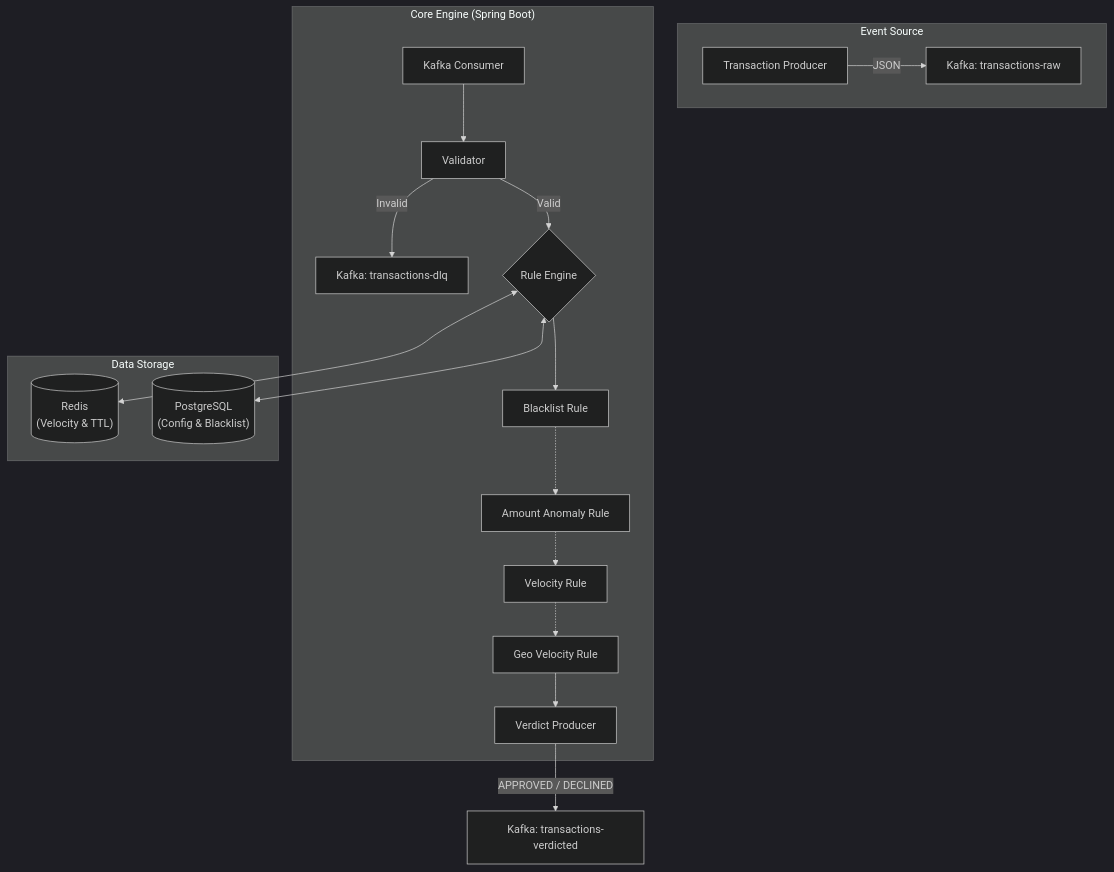
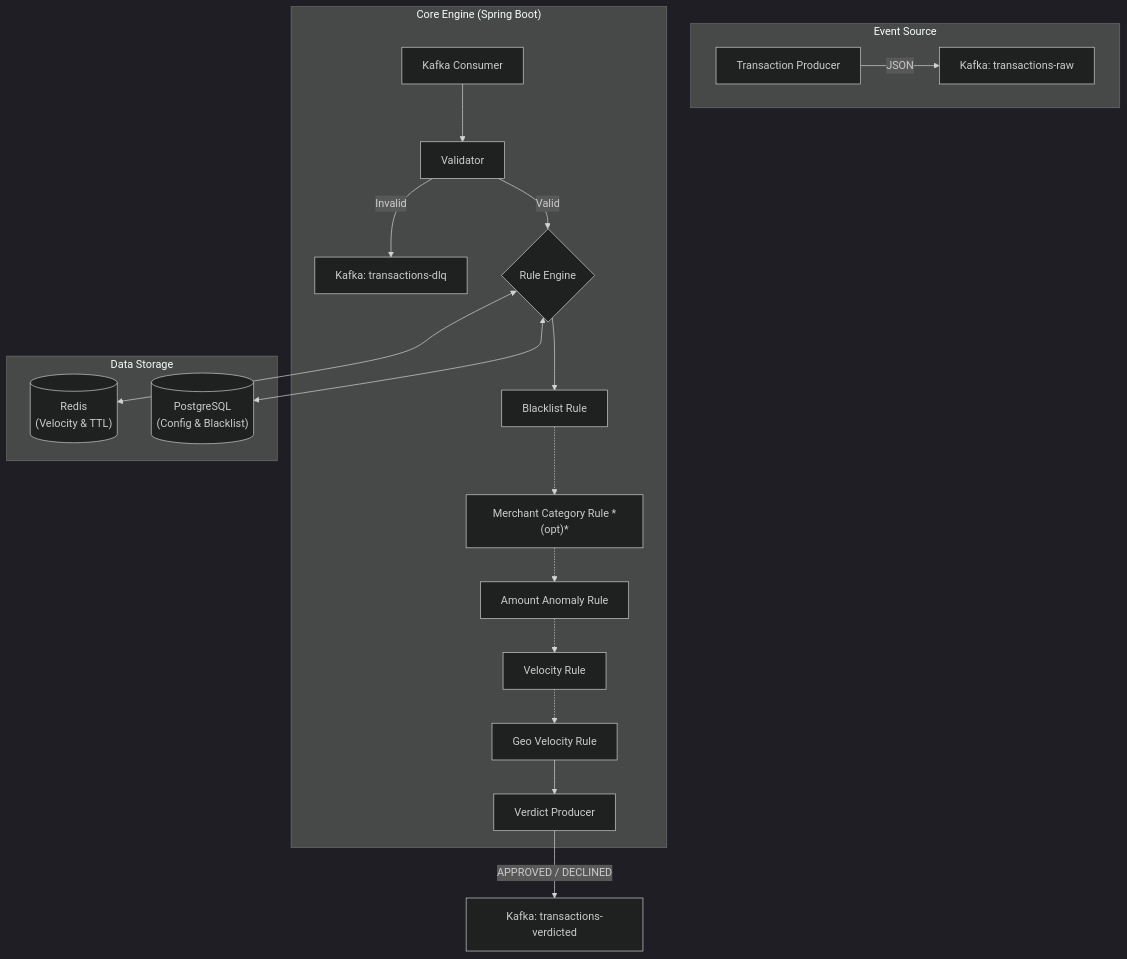
One commit to mahfaas/aegis-fraud-shield changed the diagram in README.md. Above: the diagram before and after it, drawn with Mermaid (dark theme). The commit also changed other lines of this file and 6 other files, not shown here.

Commit message:
feat(rules): add opt-in MerchantCategoryRule + per-rule Prometheus metrics

````diff
--- a/README.md
+++ b/README.md
@@ -36,29 +36,30 @@
 ```mermaid
 graph TB
     subgraph "Event Source"
         P["Transaction Producer"] -->|JSON| KIn["Kafka: transactions-raw"]
     end
 
     subgraph "Core Engine (Spring Boot)"
         C["Kafka Consumer"] --> V["Validator"]
         V -->|Invalid| KDLQ["Kafka: transactions-dlq"]
         V -->|Valid| RE{"Rule Engine"}
         
         RE --> R1["Blacklist Rule"]
-        R1 -.-> R2["Amount Anomaly Rule"]
-        R2 -.-> R3["Velocity Rule"]
-        R3 -.-> R4["Geo Velocity Rule"]
+        R1 -.-> R2["Merchant Category Rule *(opt)*"]
+        R2 -.-> R3["Amount Anomaly Rule"]
+        R3 -.-> R4["Velocity Rule"]
+        R4 -.-> R5["Geo Velocity Rule"]
         
-        R4 --> RP["Verdict Producer"]
+        R5 --> RP["Verdict Producer"]
     end
 
     subgraph "Data Storage"
         Redis[("Redis<br/>(Velocity & TTL)")]
         PG[("PostgreSQL<br/>(Config & Blacklist)")]
     end
 
     RE <--> Redis
     RE <--> PG
 
     RP -->|APPROVED / DECLINED| KOut["Kafka: transactions-verdicted"]
 ```
````
